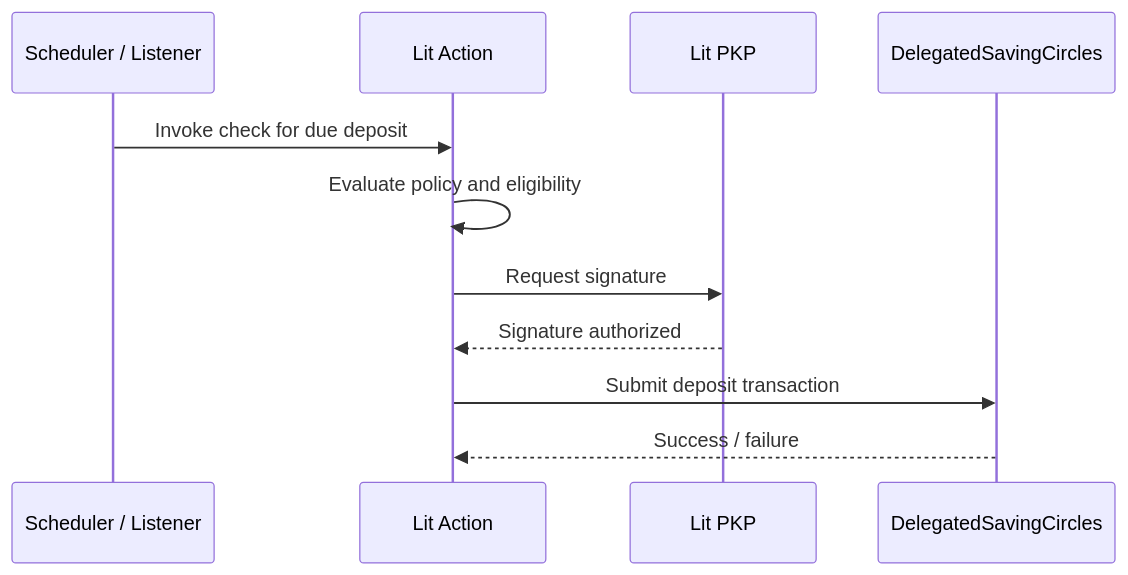
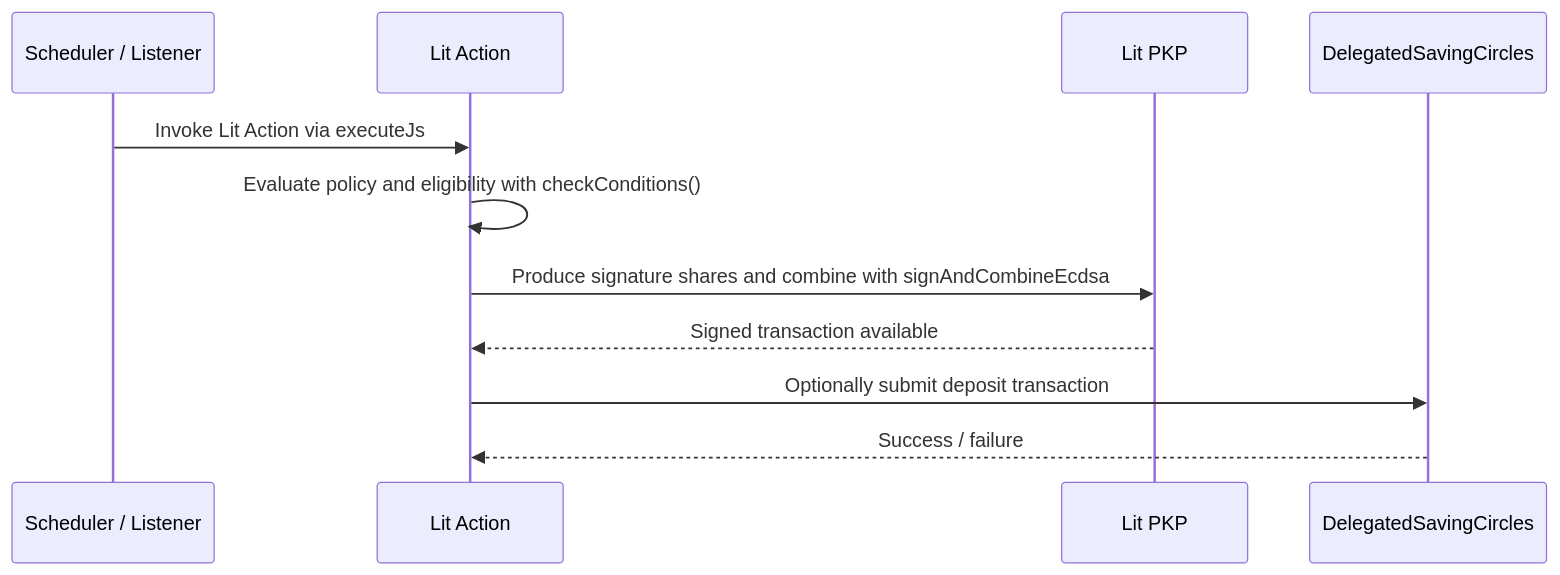
The eighth of 10 diagrams in docs/lit-autopay-mvp-spec.md (BreadchainCoop/app-stacks), drawn with Mermaid before and after one commit. The commit also changed other lines of this file, not shown here.

Commit message:
docs: refine Lit autopay MVP scope and policy model

````diff
--- a/docs/lit-autopay-mvp-spec.md
+++ b/docs/lit-autopay-mvp-spec.md
@@ -357,14 +370,14 @@
 ```mermaid
 sequenceDiagram
     participant Trigger as Scheduler / Listener
     participant Lit as Lit Action
     participant PKP as Lit PKP
     participant DSC as DelegatedSavingCircles
 
-    Trigger->>Lit: Invoke check for due deposit
-    Lit->>Lit: Evaluate policy and eligibility
-    Lit->>PKP: Request signature
-    PKP-->>Lit: Signature authorized
-    Lit->>DSC: Submit deposit transaction
+    Trigger->>Lit: Invoke Lit Action via executeJs
+    Lit->>Lit: Evaluate policy and eligibility with checkConditions()
+    Lit->>PKP: Produce signature shares and combine with signAndCombineEcdsa
+    PKP-->>Lit: Signed transaction available
+    Lit->>DSC: Optionally submit deposit transaction
     DSC-->>Lit: Success / failure
 ```
````
